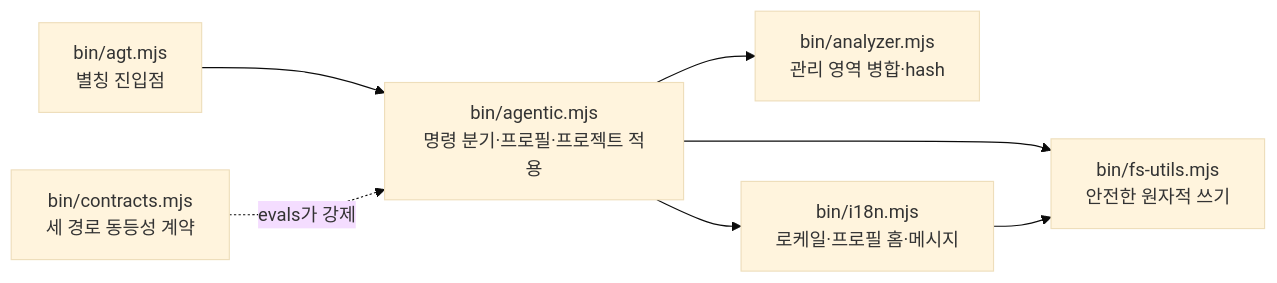
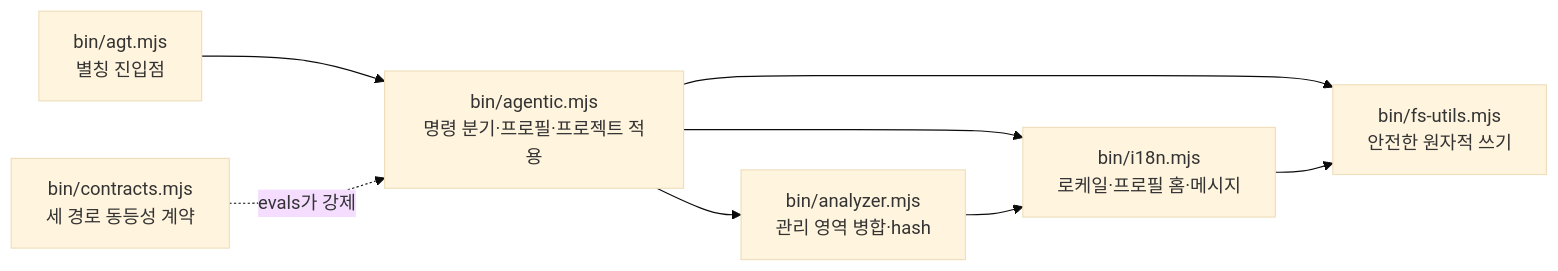
Before and after one commit to IsthisLee/agent-context-manager: the first of 7 diagrams in docs/architecture/implementation-mechanics.md, drawn with Mermaid (base theme). The commit also changed other lines of this file and 30 other files, not shown here.

````diff
--- a/docs/architecture/implementation-mechanics.md
+++ b/docs/architecture/implementation-mechanics.md
@@ -22,9 +22,10 @@
 ```mermaid
 flowchart LR
   agt["bin/agt.mjs<br/>별칭 진입점"] --> core["bin/agentic.mjs<br/>명령 분기·프로필·프로젝트 적용"]
   core --> analyzer["bin/analyzer.mjs<br/>관리 영역 병합·hash"]
   core --> fsutils["bin/fs-utils.mjs<br/>안전한 원자적 쓰기"]
   core --> i18n["bin/i18n.mjs<br/>로케일·프로필 홈·메시지"]
+  analyzer --> i18n
   i18n --> fsutils
   contracts["bin/contracts.mjs<br/>세 경로 동등성 계약"] -.->|"evals가 강제"| core
 ```
````
